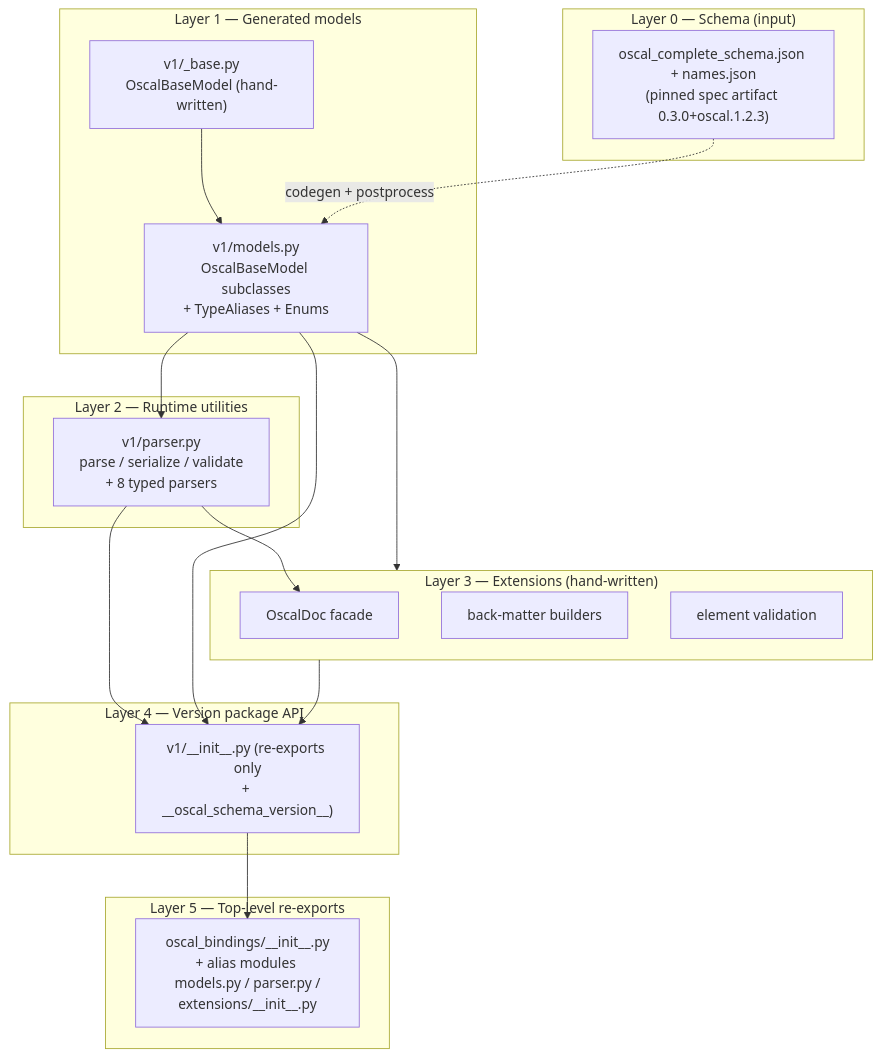
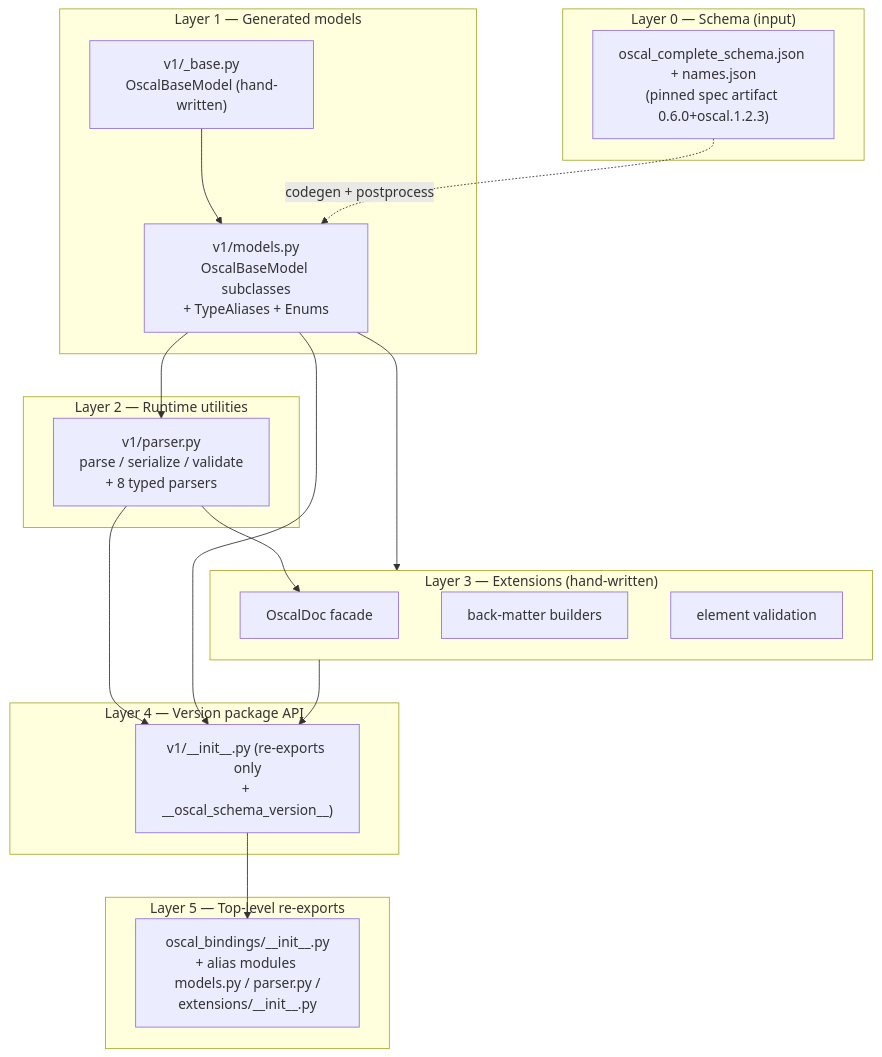
One commit to cairn-proofs/oscal-bindings-python changed the first of 2 diagrams in .agents/summary/architecture.md. Above: the diagram before and after it, drawn with Mermaid. The commit also changed other lines of this file and 23 other files, not shown here.

First line of the commit message:
Move the spec pin to 0.6.0+oscal.1.2.3 and document the JSON limits (#35) (#37)

````diff
--- a/.agents/summary/architecture.md
+++ b/.agents/summary/architecture.md
@@ -11,33 +11,33 @@
 ```mermaid
 graph TB
     subgraph L0["Layer 0 — Schema (input)"]
-        S["oscal_complete_schema.json + names.json<br/>(pinned spec artifact 0.3.0+oscal.1.2.3)"]
+        S["oscal_complete_schema.json + names.json<br/>(pinned spec artifact 0.6.0+oscal.1.2.3)"]
     end
     subgraph L1["Layer 1 — Generated models"]
         BASE["v1/_base.py<br/>OscalBaseModel (hand-written)"]
         M["v1/models.py<br/>OscalBaseModel subclasses<br/>+ TypeAliases + Enums"]
         BASE --> M
     end
     subgraph L2["Layer 2 — Runtime utilities"]
         P["v1/parser.py<br/>parse / serialize / validate<br/>+ 8 typed parsers"]
     end
     subgraph L3["Layer 3 — Extensions (hand-written)"]
         D["OscalDoc facade"]
         B["back-matter builders"]
         V["element validation"]
     end
     subgraph L4["Layer 4 — Version package API"]
         I["v1/__init__.py (re-exports only<br/>+ __oscal_schema_version__)"]
     end
     subgraph L5["Layer 5 — Top-level re-exports"]
         C["oscal_bindings/__init__.py<br/>+ alias modules models.py / parser.py /<br/>extensions/__init__.py"]
     end
     S -. codegen + postprocess .-> M
     M --> P
     M --> L3
     P --> D
     P --> I
     L3 --> I
     M --> I
     I --> C
 ```
````
